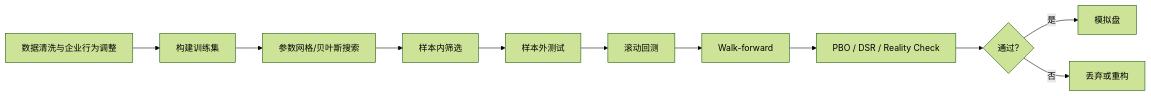
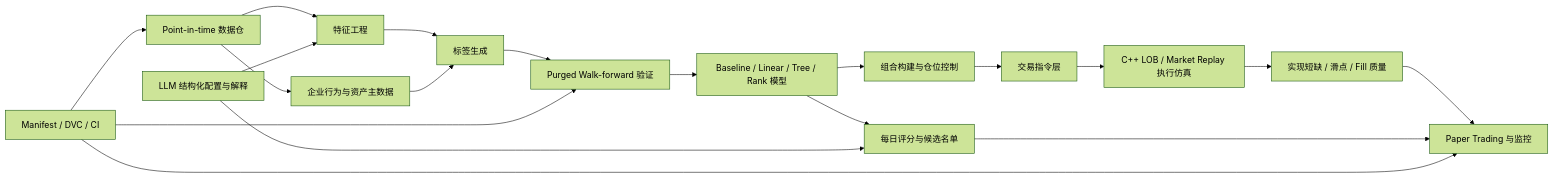
One commit to ypeng12/Quant.ai changed the first of 2 diagrams in deep-research-report.md. Above: the diagram before and after it, drawn with Mermaid (forest theme). The commit also changed other lines of this file and 48 other files, not shown here.

Commit message:
feat: 10/10 HRT style point-in-time alpha research platform, purged walk-forward CV, risk parity & test suite

````diff
--- a/deep-research-report.md
+++ b/deep-research-report.md
@@ -376,13 +47,21 @@
 ```mermaid
 flowchart LR
-    A[数据清洗与企业行为调整] --> B[构建训练集]
-    B --> C[参数网格/贝叶斯搜索]
-    C --> D[样本内筛选]
-    D --> E[样本外测试]
-    E --> F[滚动回测]
-    F --> G[Walk-forward]
-    G --> H[PBO / DSR / Reality Check]
-    H --> I{通过?}
-    I -->|是| J[模拟盘]
-    I -->|否| K[丢弃或重构]
+    A[Point-in-time 数据仓] --> B[特征工程]
+    A --> C[企业行为与资产主数据]
+    B --> D[标签生成]
+    C --> D
+    D --> E[Purged Walk-forward 验证]
+    E --> F[Baseline / Linear / Tree / Rank 模型]
+    F --> G[组合构建与仓位控制]
+    G --> H[交易指令层]
+    H --> I[C++ LOB / Market Replay 执行仿真]
+    I --> J[实现短缺 / 滑点 / Fill 质量]
+    F --> K[每日评分与候选名单]
+    J --> L[Paper Trading 与监控]
+    K --> L
+    M[LLM 结构化配置与解释] --> B
+    M --> K
+    N[Manifest / DVC / CI] --> A
+    N --> E
+    N --> L
 ```
````
